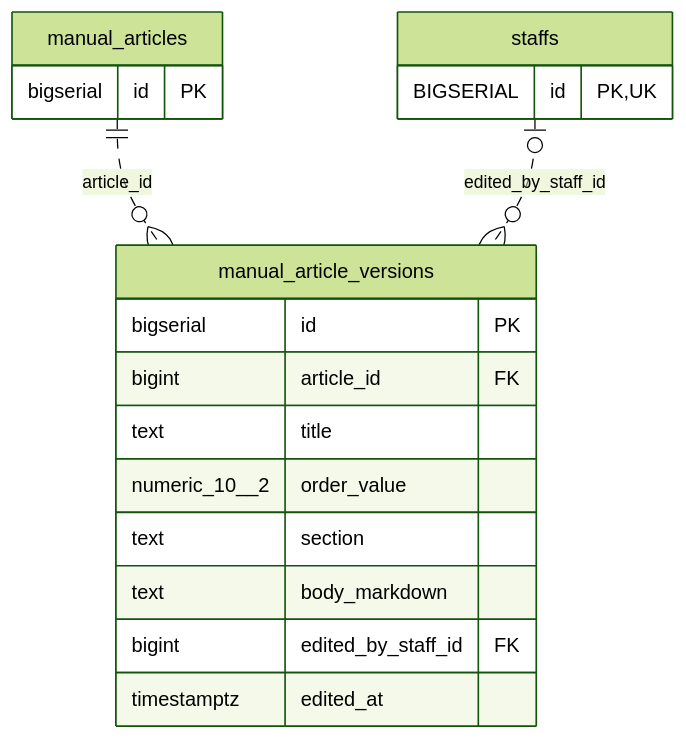
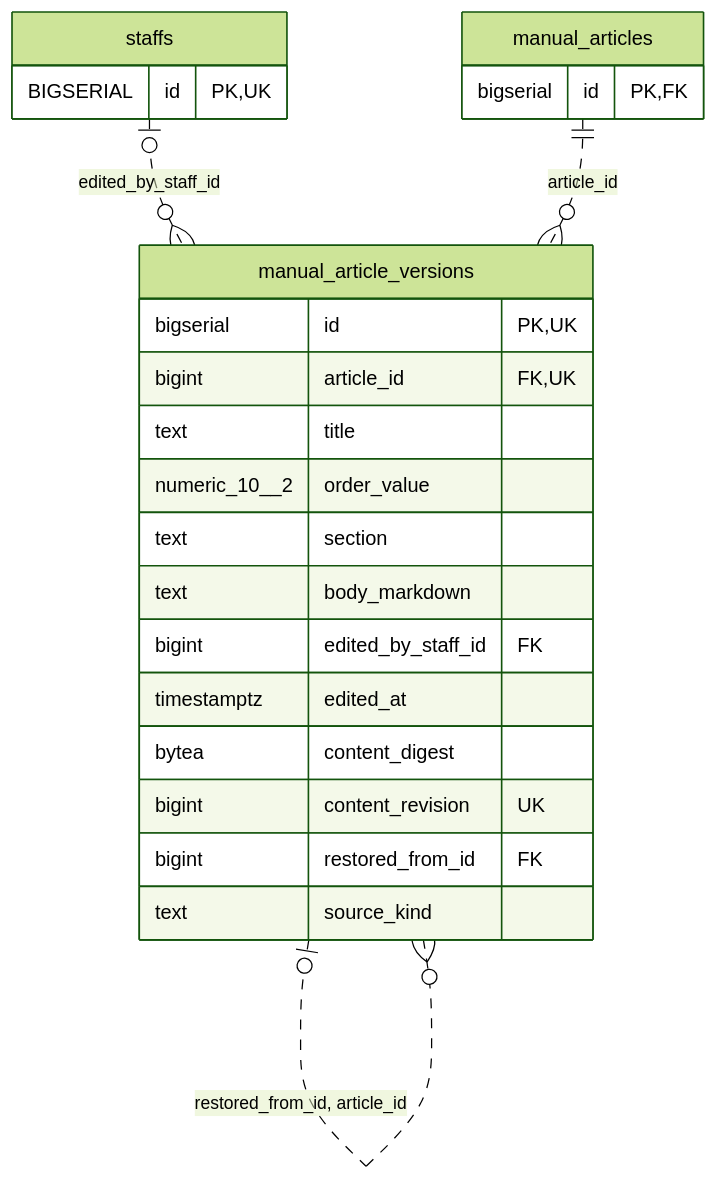
Before and after one commit to MinoruSoga/AnimalEkarte: the diagram in docs/architecture/erd-detail/manual_article_versions.md, drawn with Mermaid (forest theme). The commit also changed other lines of this file and 131 other files, not shown here.

````diff
--- a/docs/architecture/erd-detail/manual_article_versions.md
+++ b/docs/architecture/erd-detail/manual_article_versions.md
@@ -31,21 +35,26 @@
 ```mermaid
 erDiagram
     manual_article_versions {
-        bigserial id PK
-        bigint article_id FK
+        bigserial id PK,UK
+        bigint article_id FK,UK
         text title
         numeric_10__2 order_value
         text section
         text body_markdown
         bigint edited_by_staff_id FK
         timestamptz edited_at
+        bytea content_digest
+        bigint content_revision UK
+        bigint restored_from_id FK
+        text source_kind
     }
     manual_articles {
-        bigserial id PK
+        bigserial id PK,FK
     }
     staffs {
         BIGSERIAL id PK,UK
     }
+    staffs o|..o{ manual_article_versions : "edited_by_staff_id"
     manual_articles ||..o{ manual_article_versions : "article_id"
-    staffs o|..o{ manual_article_versions : "edited_by_staff_id"
+    manual_article_versions o|..o{ manual_article_versions : "restored_from_id, article_id"
 ```
````
